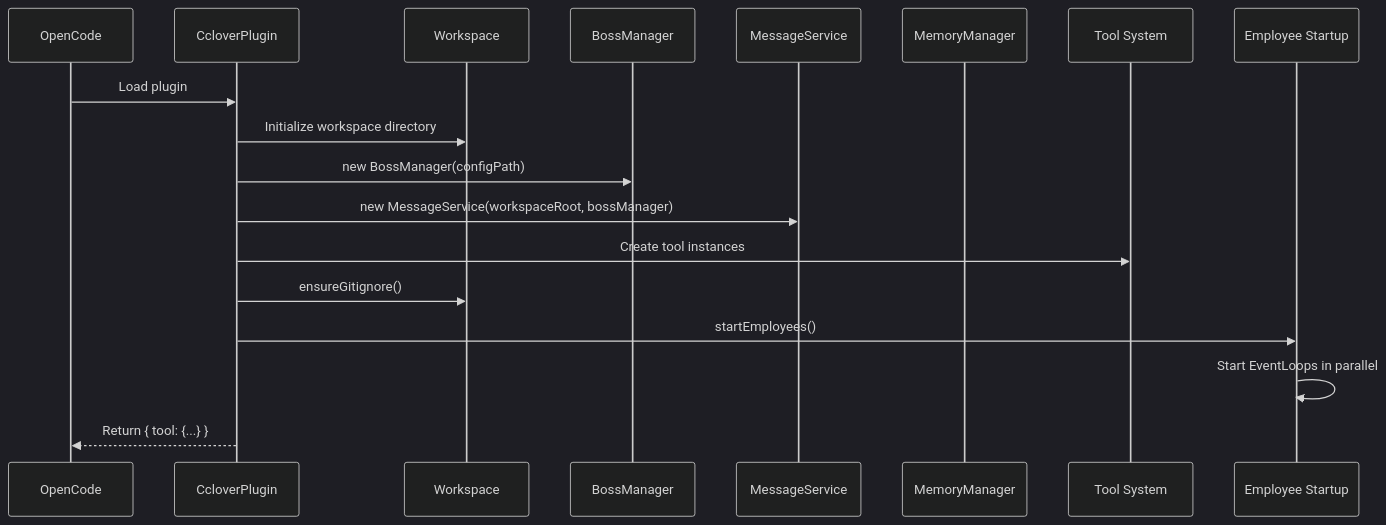
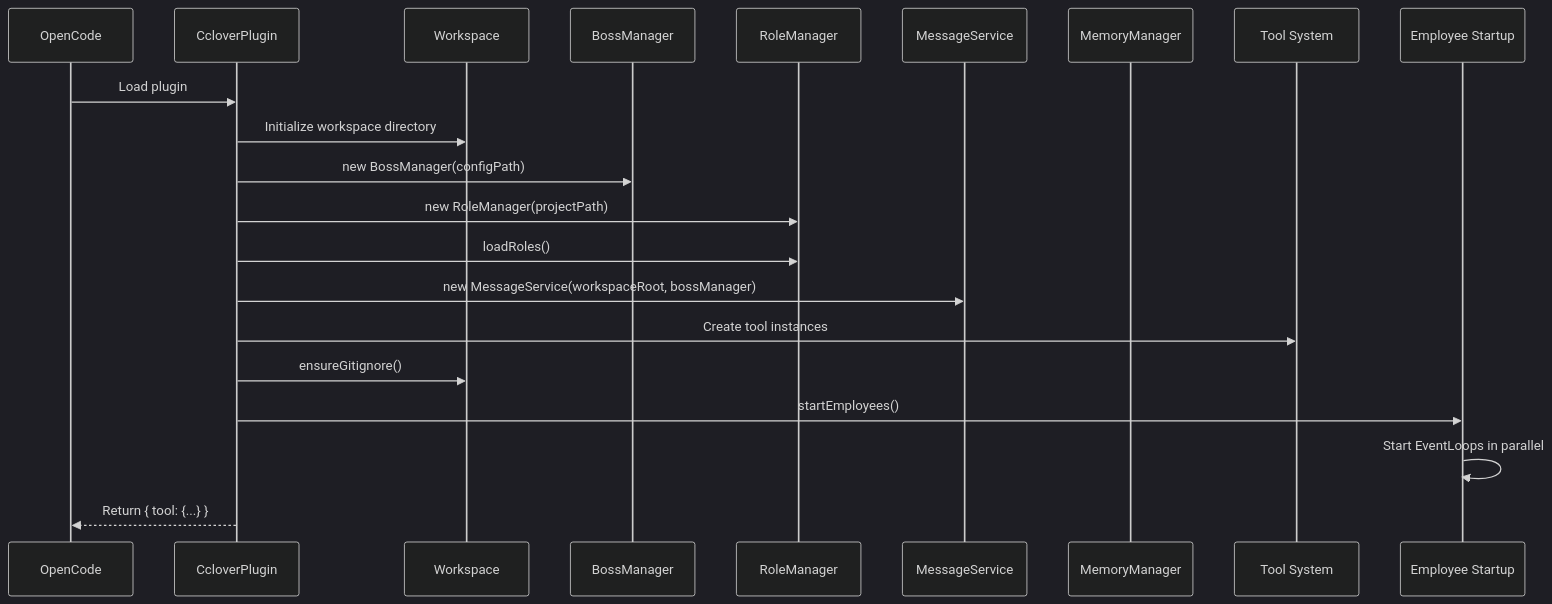
One commit to fkxxyz/opencode-cclover changed the first of 3 diagrams in docs/design-plugin-entry.md. Above: the diagram before and after it, drawn with Mermaid (dark theme). The commit also changed other lines of this file and 16 other files, not shown here.

````diff
--- a/docs/design-plugin-entry.md
+++ b/docs/design-plugin-entry.md
@@ -64,21 +64,24 @@
 ```mermaid
 sequenceDiagram
     participant OC as OpenCode
     participant Plugin as CcloverPlugin
     participant WS as Workspace
     participant Config as BossManager
+    participant Roles as RoleManager
     participant MS as MessageService
     participant MM as MemoryManager
     participant Tools as Tool System
     participant Employees as Employee Startup
     
     OC->>Plugin: Load plugin
     Plugin->>WS: Initialize workspace directory
     Plugin->>Config: new BossManager(configPath)
+    Plugin->>Roles: new RoleManager(projectPath)
+    Plugin->>Roles: loadRoles()
     Plugin->>MS: new MessageService(workspaceRoot, bossManager)
     Plugin->>Tools: Create tool instances
     Plugin->>WS: ensureGitignore()
     Plugin->>Employees: startEmployees()
     Employees->>Employees: Start EventLoops in parallel
     Plugin-->>OC: Return { tool: {...} }
 ```
````
